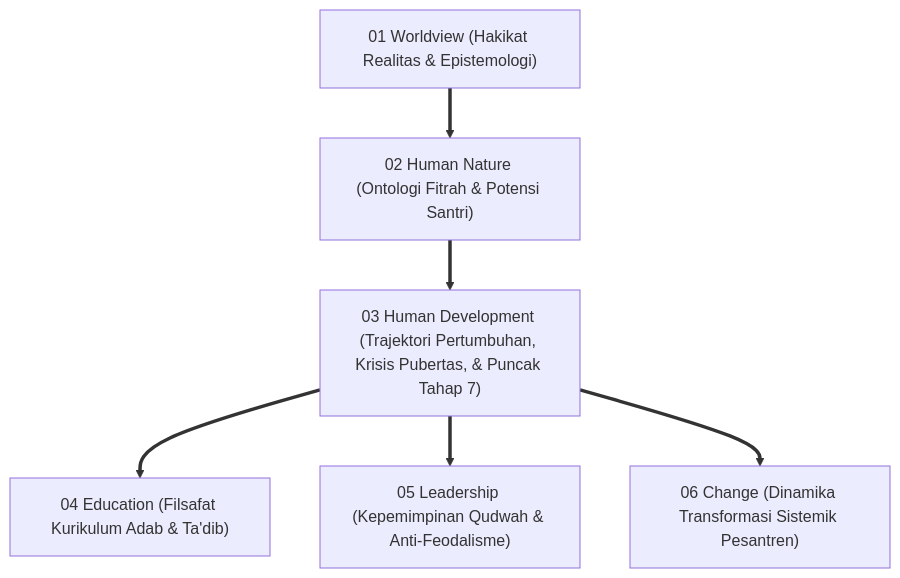
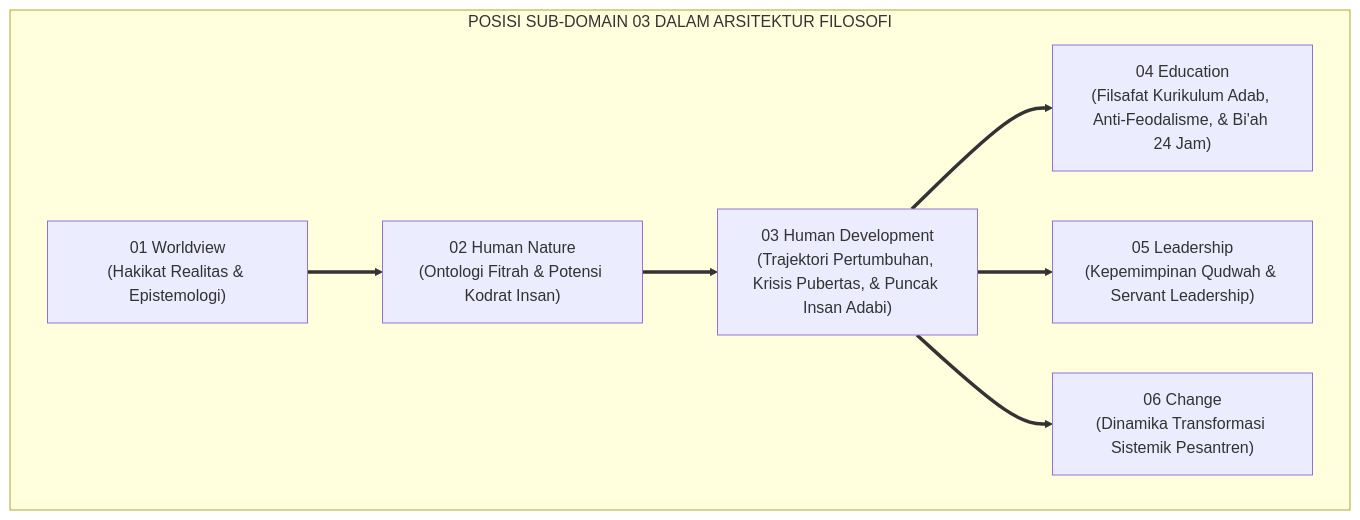
Before and after one commit to wandiapriliyandi/tumbuh: the first of 4 diagrams in 01 Philosophy/03 Human Development/P1-03-Human-Development-TUMBUH.md, drawn with Mermaid. The commit also changed other lines of this file and 7 other files, not shown here.

Commit message:
docs(human-development): reconstruct all 03 Human Development monographs to pure academic standard

````diff
--- a/01 Philosophy/03 Human Development/P1-03-Human-Development-TUMBUH.md
+++ b/01 Philosophy/03 Human Development/P1-03-Human-Development-TUMBUH.md
@@ -50,11 +55,13 @@
 ```mermaid
-graph TD
-    WV["01 Worldview (Hakikat Realitas & Epistemologi)"] 
-    ==> HN["02 Human Nature (Ontologi Fitrah & Potensi Santri)"]
-    
-    HN ==> HD["03 Human Development (Trajektori Pertumbuhan, Krisis Pubertas, & Puncak Tahap 7)"]
-    
-    HD ==> ED["04 Education (Filsafat Kurikulum Adab & Ta'dib)"]
-    HD ==> LD["05 Leadership (Kepemimpinan Qudwah & Anti-Feodalisme)"]
-    HD ==> CH["06 Change (Dinamika Transformasi Sistemik Pesantren)"]
+flowchart TD
+    subgraph PosisiHumanDevelopmentTUMBUH["POSISI SUB-DOMAIN 03 DALAM ARSITEKTUR FILOSOFI"]
+        WV["01 Worldview<br/>(Hakikat Realitas & Epistemologi)"] 
+        ==> HN["02 Human Nature<br/>(Ontologi Fitrah & Potensi Kodrat Insan)"]
+        
+        HN ==> HD["03 Human Development<br/>(Trajektori Pertumbuhan, Krisis Pubertas, & Puncak Insan Adabi)"]
+        
+        HD ==> ED["04 Education<br/>(Filsafat Kurikulum Adab, Anti-Feodalisme, & Bi'ah 24 Jam)"]
+        HD ==> LD["05 Leadership<br/>(Kepemimpinan Qudwah & Servant Leadership)"]
+        HD ==> CH["06 Change<br/>(Dinamika Transformasi Sistemik Pesantren)"]
+    end
 ```
````
